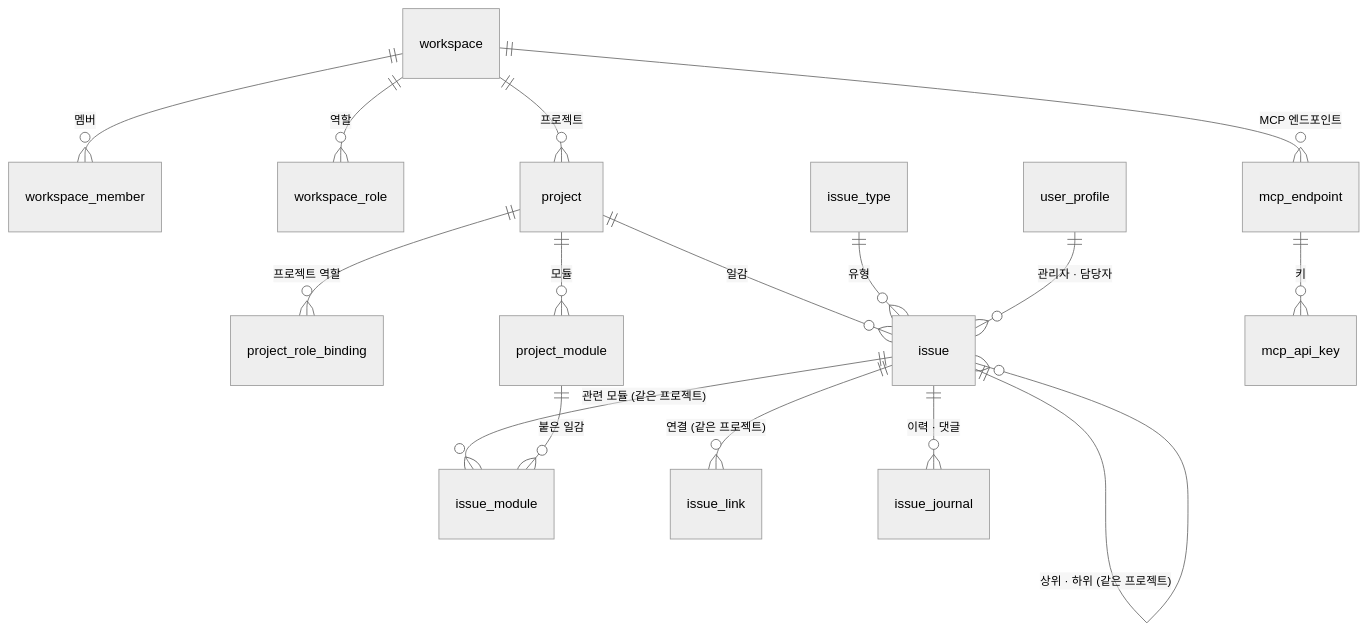
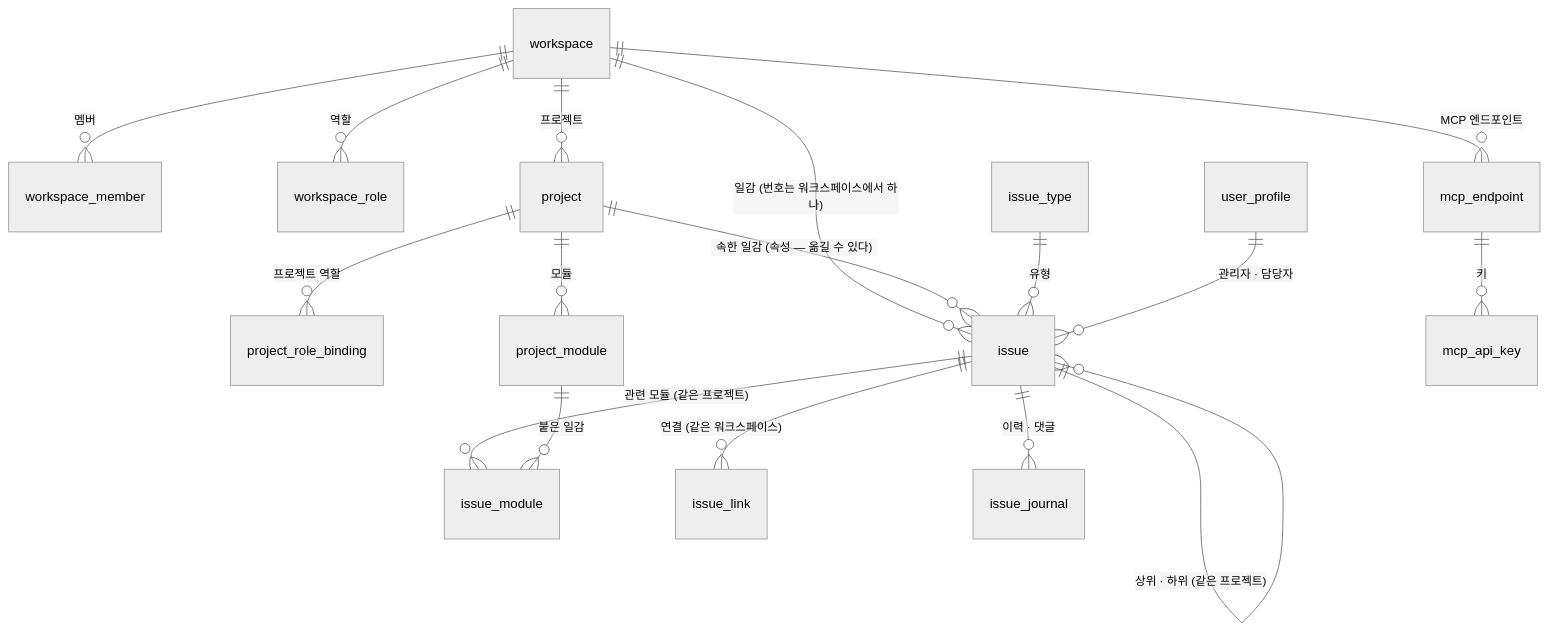
One commit to Gnori/moai-works changed the diagram in docs/design/02-data-model.md. Above: the diagram before and after it, drawn with Mermaid (neutral theme). The commit also changed other lines of this file and 22 other files, not shown here.

````diff
--- a/docs/design/02-data-model.md
+++ b/docs/design/02-data-model.md
@@ -67,18 +68,19 @@
 ```mermaid
 erDiagram
     workspace ||--o{ workspace_member : "멤버"
     workspace ||--o{ workspace_role : "역할"
     workspace ||--o{ project : "프로젝트"
     workspace ||--o{ mcp_endpoint : "MCP 엔드포인트"
     project ||--o{ project_role_binding : "프로젝트 역할"
-    project ||--o{ issue : "일감"
+    workspace ||--o{ issue : "일감 (번호는 워크스페이스에서 하나)"
+    project ||--o{ issue : "속한 일감 (속성 — 옮길 수 있다)"
     project ||--o{ project_module : "모듈"
     issue ||--o{ issue_module : "관련 모듈 (같은 프로젝트)"
     project_module ||--o{ issue_module : "붙은 일감"
     issue_type ||--o{ issue : "유형"
     issue ||--o{ issue : "상위 · 하위 (같은 프로젝트)"
-    issue ||--o{ issue_link : "연결 (같은 프로젝트)"
+    issue ||--o{ issue_link : "연결 (같은 워크스페이스)"
     issue ||--o{ issue_journal : "이력 · 댓글"
     user_profile ||--o{ issue : "관리자 · 담당자"
     mcp_endpoint ||--o{ mcp_api_key : "키"
 ```
````
